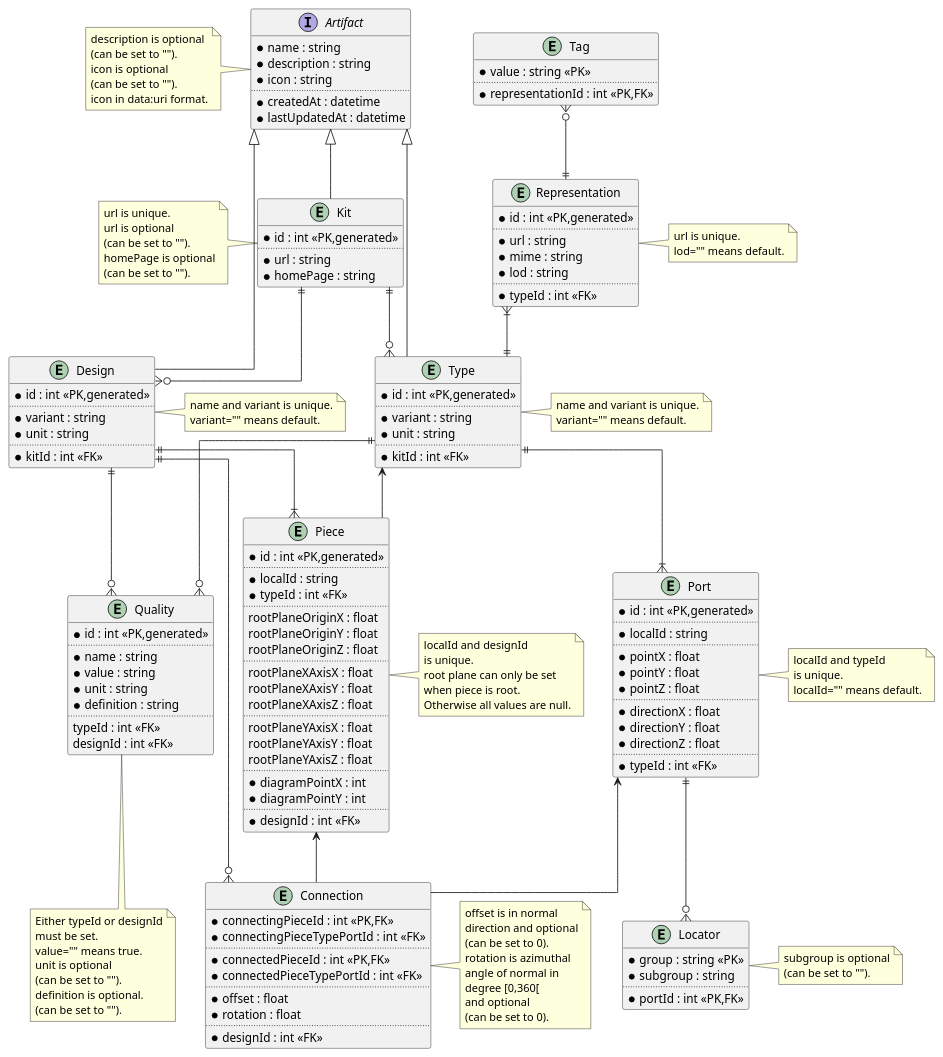
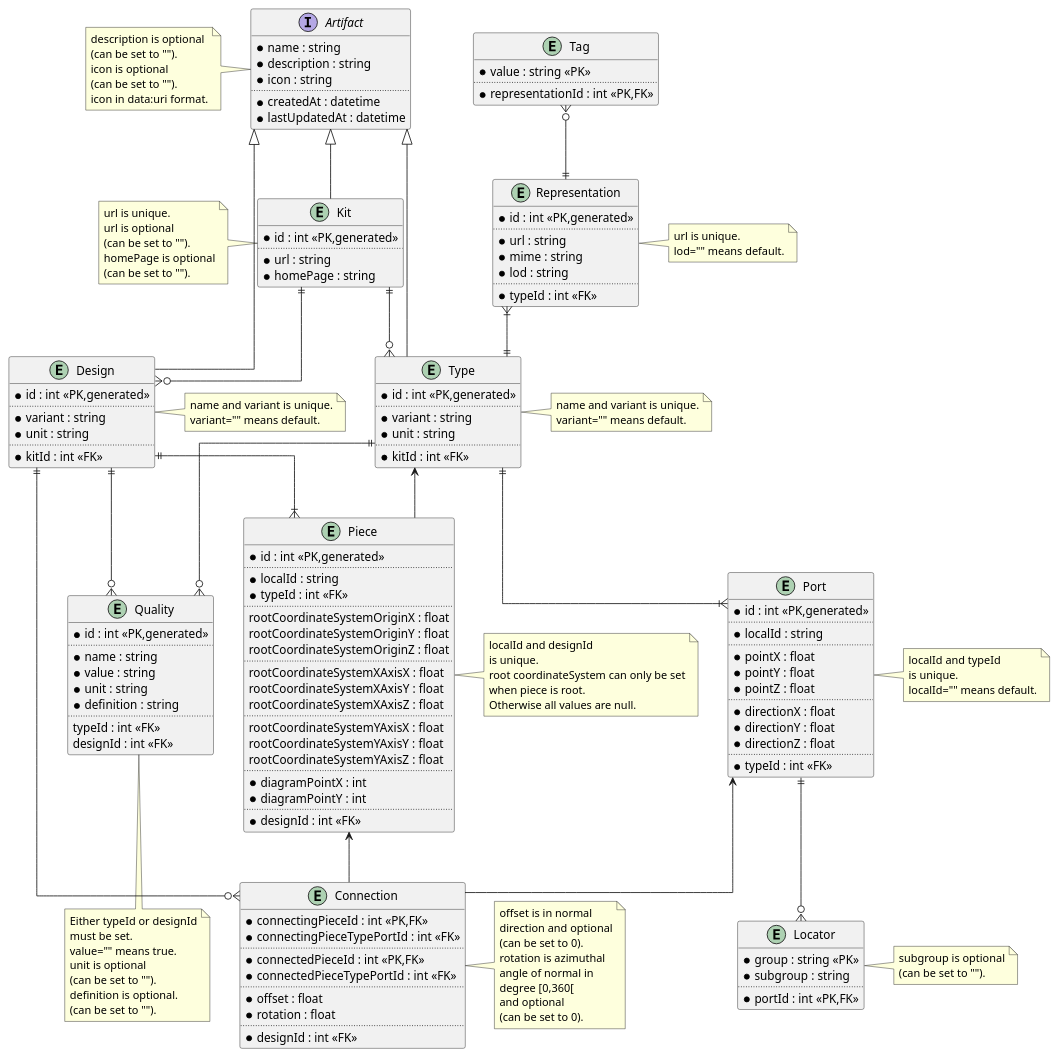
Before and after one commit to usalu/semio: the diagram in engineering/dataarchitecture.pu, drawn with PlantUML. The commit also changed 29 other files, not shown here.

Commit message:
started rename plane to coordinate system and remove root

```diff
--- a/engineering/dataarchitecture.pu
+++ b/engineering/dataarchitecture.pu
@@ -123,17 +123,17 @@
     *localId : string
     *typeId : int <<FK>>
     ..
-    rootPlaneOriginX : float
-    rootPlaneOriginY : float
-    rootPlaneOriginZ : float
+    rootCoordinateSystemOriginX : float
+    rootCoordinateSystemOriginY : float
+    rootCoordinateSystemOriginZ : float
     ..
-    rootPlaneXAxisX : float
-    rootPlaneXAxisY : float
-    rootPlaneXAxisZ : float
+    rootCoordinateSystemXAxisX : float
+    rootCoordinateSystemXAxisY : float
+    rootCoordinateSystemXAxisZ : float
     ..
-    rootPlaneYAxisX : float
-    rootPlaneYAxisY : float
-    rootPlaneYAxisZ : float
+    rootCoordinateSystemYAxisX : float
+    rootCoordinateSystemYAxisY : float
+    rootCoordinateSystemYAxisZ : float
     ..
     *diagramPointX : int
     *diagramPointY : int
@@ -143,7 +143,7 @@
 note right of Piece
     localId and designId
     is unique.
-    root plane can only be set
+    root coordinateSystem can only be set
     when piece is root.
     Otherwise all values are null.
 end note
```
